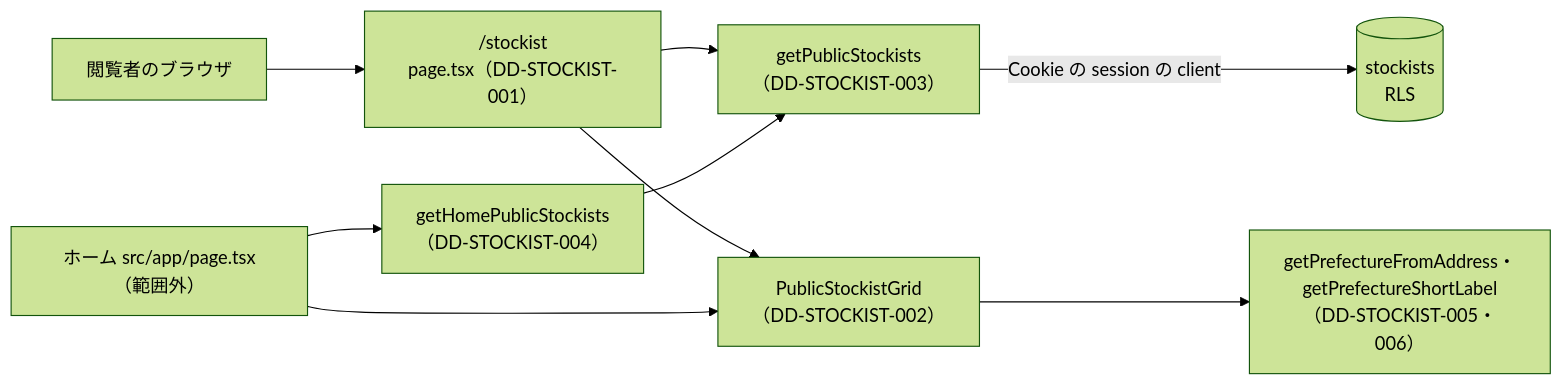
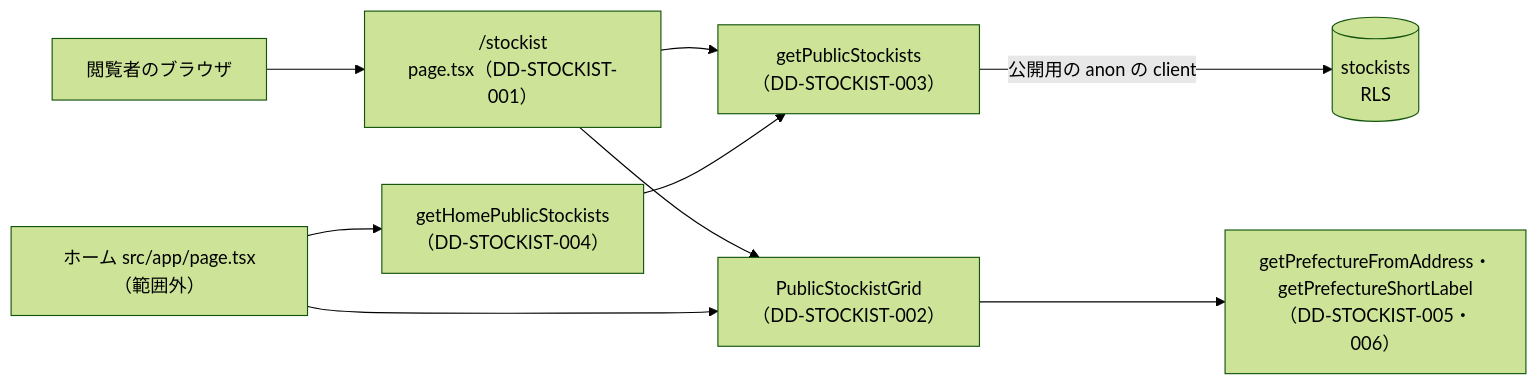
One commit to ChocoWork/o_official changed the diagram in docs/04_DetailDesign/pages/10_stockist.md. Above: the diagram before and after it, drawn with Mermaid (forest theme). The commit also changed other lines of this file and 177 other files, not shown here.

````diff
--- a/docs/04_DetailDesign/pages/10_stockist.md
+++ b/docs/04_DetailDesign/pages/10_stockist.md
@@ -45,11 +45,11 @@
 ```mermaid
 graph LR
   U["閲覧者のブラウザ"] --> PG["/stockist<br/>page.tsx（DD-STOCKIST-001）"]
   PG --> GP["getPublicStockists<br/>（DD-STOCKIST-003）"]
   PG --> GR["PublicStockistGrid<br/>（DD-STOCKIST-002）"]
   HM["ホーム src/app/page.tsx（範囲外）"] --> GH["getHomePublicStockists<br/>（DD-STOCKIST-004）"]
   GH --> GP
   HM --> GR
   GR --> RG["getPrefectureFromAddress・getPrefectureShortLabel<br/>（DD-STOCKIST-005・006）"]
-  GP -->|Cookie の session の client| DB[("stockists<br/>RLS")]
+  GP -->|公開用の anon の client| DB[("stockists<br/>RLS")]
 ```
````
